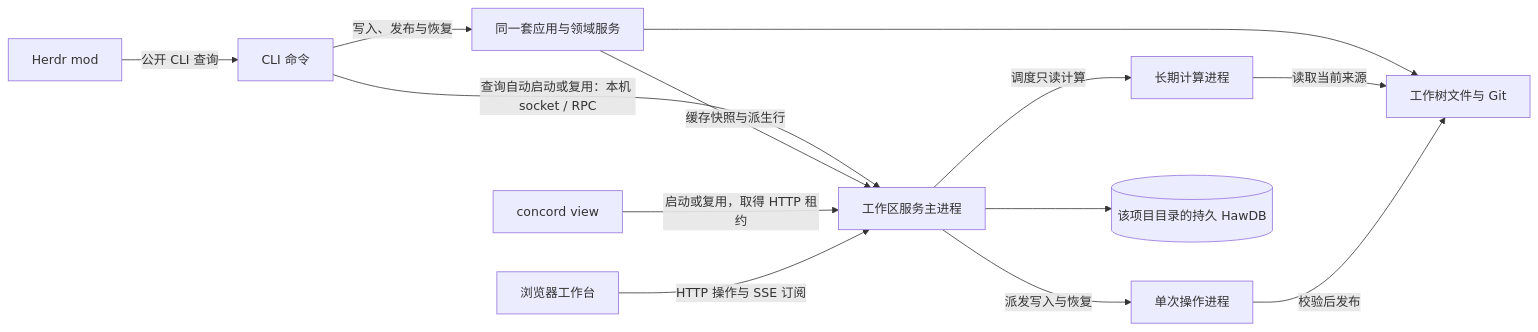
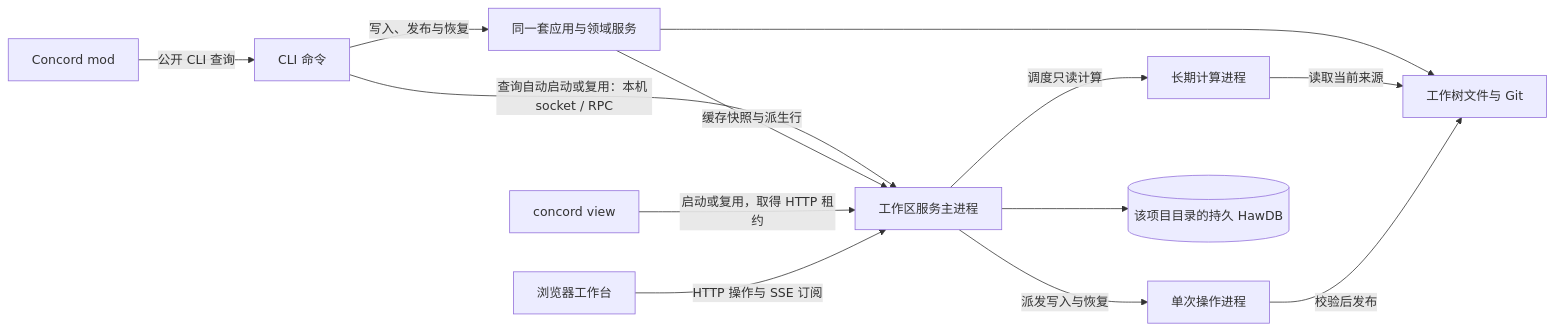
Before and after one commit to CorrectRoadH/Concord: the first of 2 diagrams in docs/architecture.md, drawn with Mermaid. The commit also changed other lines of this file and 41 other files, not shown here.

First line of the commit message:
docs: Feature terminology for release, writing, document packages, Concord mod and taste

````diff
--- a/docs/architecture.md
+++ b/docs/architecture.md
@@ -19,15 +19,15 @@
 ```mermaid
 flowchart LR
   CLI[CLI 命令] -->|写入、发布与恢复| Local[同一套应用与领域服务]
   CLI -->|查询自动启动或复用：本机 socket / RPC| Server[工作区服务主进程]
   Local -->|缓存快照与派生行| Server
-  Herdr[Herdr mod] -->|公开 CLI 查询| CLI
+  Herdr[Concord mod] -->|公开 CLI 查询| CLI
   View[concord view] -->|启动或复用，取得 HTTP 租约| Server
   Browser[浏览器工作台] -->|HTTP 操作与 SSE 订阅| Server
   Server -->|调度只读计算| Compute[长期计算进程]
   Server -->|派发写入与恢复| Operation[单次操作进程]
   Server --> Cache[(该项目目录的持久 HawDB)]
   Local --> Sources[工作树文件与 Git]
   Compute -->|读取当前来源| Sources
   Operation -->|校验后发布| Sources
 ```
````
